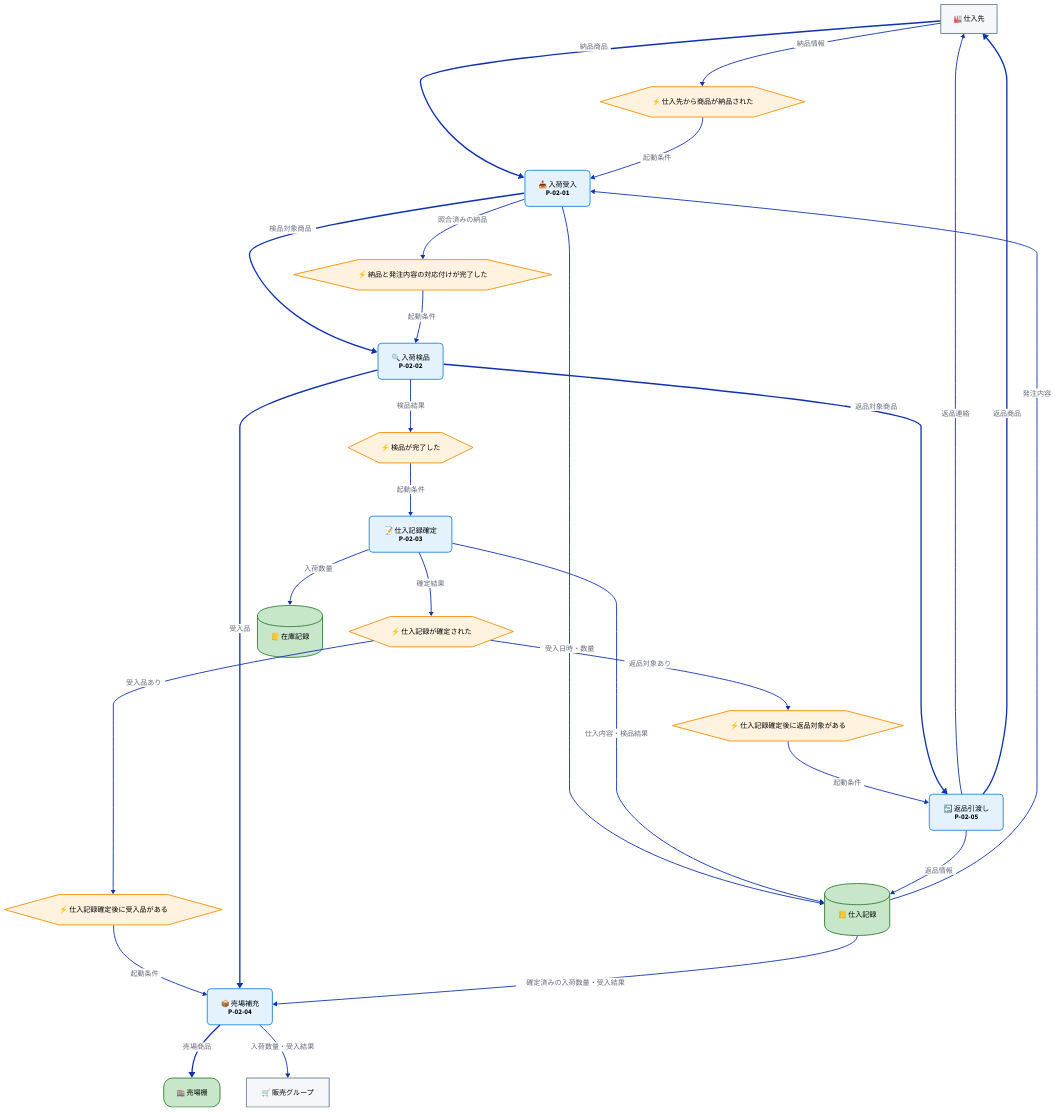
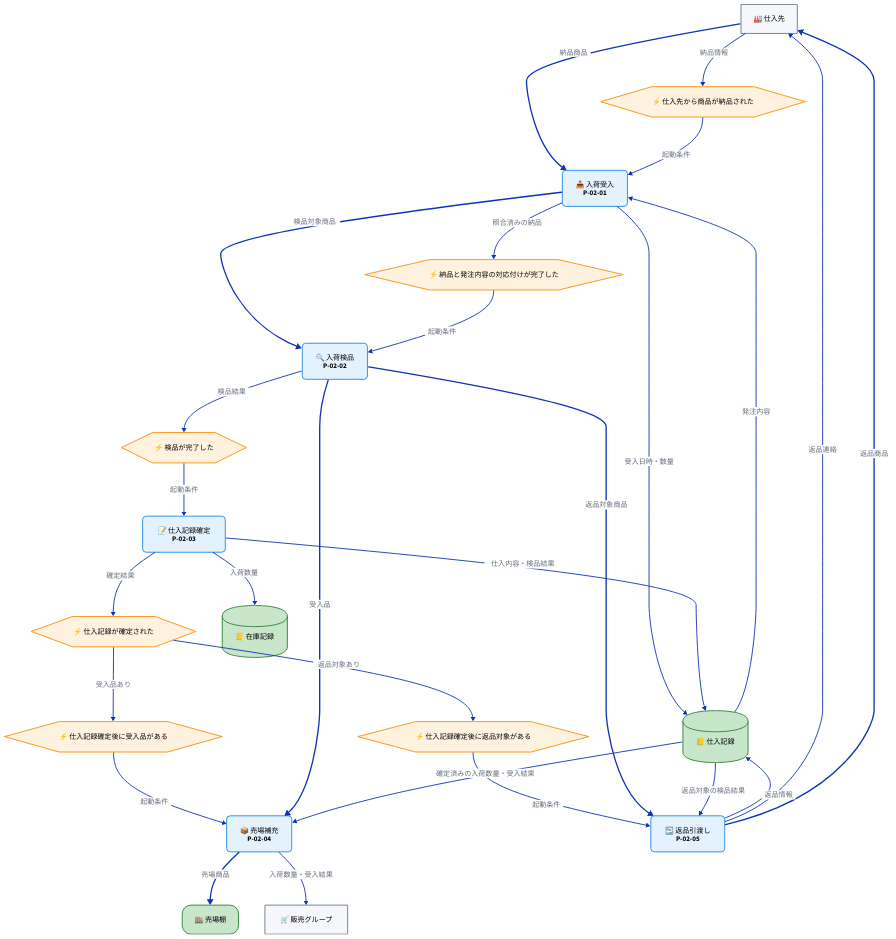
The second of 2 diagrams in docs/ja/specdojo/samples/cdfd-sample.md (specdojo/specdojo), drawn with D2 before and after one commit. The commit also changed other lines of this file and 5 other files, not shown here.

```diff
--- a/docs/ja/specdojo/samples/cdfd-sample.md
+++ b/docs/ja/specdojo/samples/cdfd-sample.md
@@ -230,6 +230,7 @@
 record_confirmed -> rejected_goods_found: "返品対象あり"
 rejected_goods_found -> return_handover: "起動条件"
 inspection -> return_handover: "返品対象商品" { class: material_flow }
+return_handover <- purchase_record: "返品対象の検品結果"
 return_handover -> purchase_record: "返品情報"
 supplier <- return_handover: "返品連絡"
 supplier <- return_handover: "返品商品" { class: material_flow }
```
